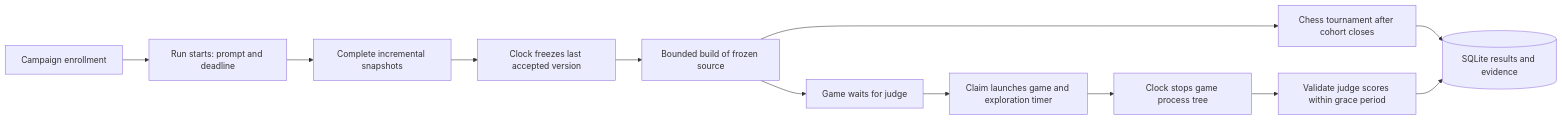
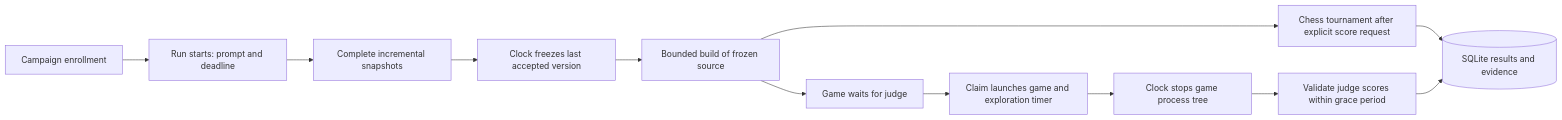
Before and after one commit to tristan00/agent-harness-bench: the diagram in docs/architecture.md, drawn with Mermaid. The commit also changed other lines of this file and 22 other files, not shown here.

````diff
--- a/docs/architecture.md
+++ b/docs/architecture.md
@@ -3,14 +3,14 @@
 ```mermaid
 flowchart LR
     C[Campaign enrollment] --> D[Run starts: prompt and deadline]
     D --> U[Complete incremental snapshots]
     U --> F[Clock freezes last accepted version]
     F --> B[Bounded build of frozen source]
-    B --> T[Chess tournament after cohort closes]
+    B --> T[Chess tournament after explicit score request]
     B --> Q[Game waits for judge]
     Q --> J[Claim launches game and exploration timer]
     J --> S[Clock stops game process tree]
     S --> V[Validate judge scores within grace period]
     T --> DB[(SQLite results and evidence)]
     V --> DB
 ```
````
